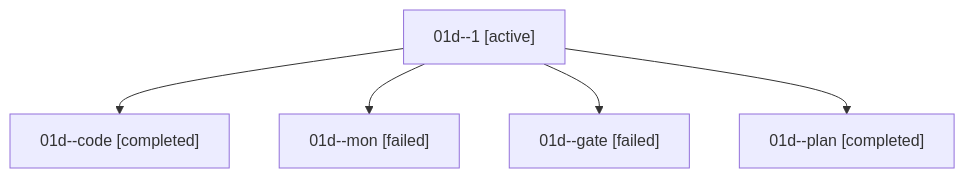
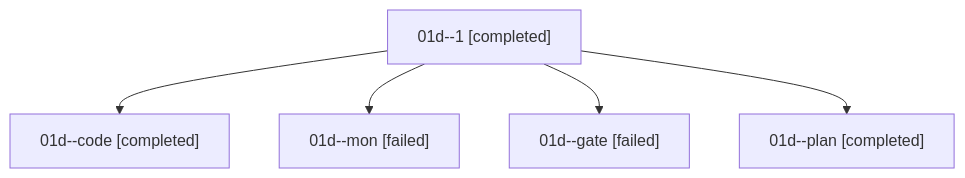
Before and after one commit to sase-org/sase--agents: the diagram in families/bbugyi200.athena.01d.md, drawn with Mermaid. The commit also changed other lines of this file and 48 other files, not shown here.

````diff
--- a/families/bbugyi200.athena.01d.md
+++ b/families/bbugyi200.athena.01d.md
@@ -9,12 +9,12 @@
 ```mermaid
 flowchart TD
-  n0["01d--1 [active]"]
+  n0["01d--1 [completed]"]
   n1["01d--code [completed]"]
   n0 --> n1
   n2["01d--mon [failed]"]
   n0 --> n2
   n3["01d--gate [failed]"]
   n0 --> n3
   n4["01d--plan [completed]"]
   n0 --> n4
 ```
````
